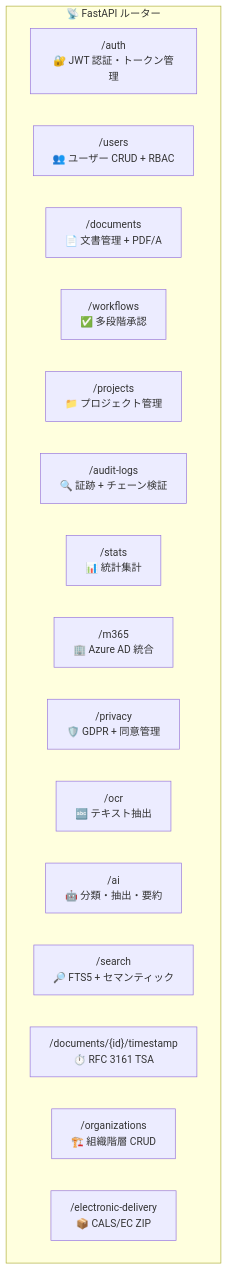
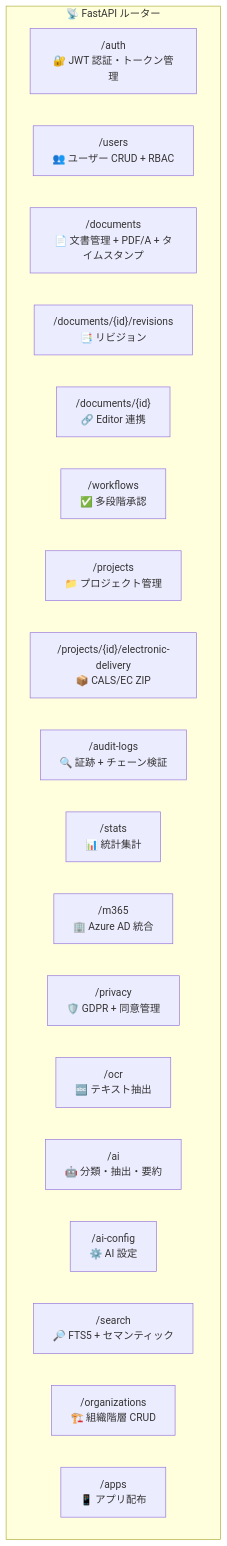
The fourth of 11 diagrams in docs/tech-stack.md (Kensan196948G/CivilPDF-DX), drawn with Mermaid before and after one commit. The commit also changed other lines of this file and 20 other files, not shown here.

````diff
--- a/docs/tech-stack.md
+++ b/docs/tech-stack.md
@@ -174,20 +183,23 @@
 ```mermaid
 graph TB
     subgraph ROUTERS["📡 FastAPI ルーター"]
         AUTH["/auth\n🔐 JWT 認証・トークン管理"]
         USERS["/users\n👥 ユーザー CRUD + RBAC"]
-        DOCS["/documents\n📄 文書管理 + PDF/A"]
+        DOCS["/documents\n📄 文書管理 + PDF/A + タイムスタンプ"]
+        REVISIONS["/documents/{id}/revisions\n📑 リビジョン"]
+        EDITOR["/documents/{id}\n🔗 Editor 連携"]
         WF["/workflows\n✅ 多段階承認"]
         PROJ["/projects\n📁 プロジェクト管理"]
+        ED["/projects/{id}/electronic-delivery\n📦 CALS/EC ZIP"]
         AUDIT["/audit-logs\n🔍 証跡 + チェーン検証"]
         STATS["/stats\n📊 統計集計"]
         M365["/m365\n🏢 Azure AD 統合"]
         PRIVACY["/privacy\n🛡️ GDPR + 同意管理"]
         OCR["/ocr\n🔤 テキスト抽出"]
         AI["/ai\n🤖 分類・抽出・要約"]
+        AICONFIG["/ai-config\n⚙️ AI 設定"]
         SEARCH["/search\n🔎 FTS5 + セマンティック"]
-        TS["/documents/{id}/timestamp\n⏱️ RFC 3161 TSA"]
         ORG["/organizations\n🏗️ 組織階層 CRUD"]
-        ED["/electronic-delivery\n📦 CALS/EC ZIP"]
+        APPS["/apps\n📱 アプリ配布"]
     end
 ```
````
